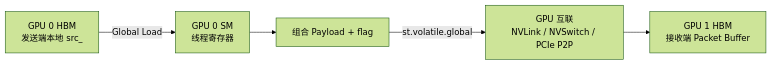
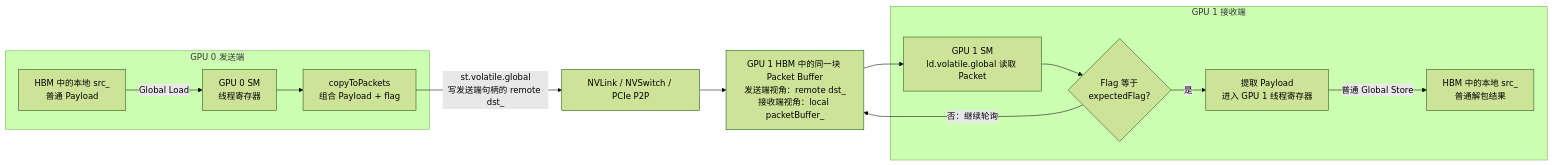
The third of 10 diagrams in MemoryChannelDeviceHandle数据搬运分析.md (10wvw01/mscclpp), drawn with Mermaid (forest theme) before and after one commit. The commit also changed other lines of this file, not shown here.

Commit message:
docs: connect packet sender and receiver data path

````diff
--- a/MemoryChannelDeviceHandle数据搬运分析.md
+++ b/MemoryChannelDeviceHandle数据搬运分析.md
@@ -649,7 +515,27 @@
 ```mermaid
 flowchart LR
-    A[GPU 0 HBM<br/>发送端本地 src_] -->|Global Load| B[GPU 0 SM<br/>线程寄存器]
-    B --> C[组合 Payload + flag]
-    C -->|st.volatile.global| D[GPU 互联<br/>NVLink / NVSwitch / PCIe P2P]
-    D --> E[GPU 1 HBM<br/>接收端 Packet Buffer]
+    subgraph SEND[GPU 0 发送端]
+        S0[HBM 中的本地 src_<br/>普通 Payload]
+        S1[GPU 0 SM<br/>线程寄存器]
+        S2[copyToPackets<br/>组合 Payload + flag]
+        S0 -->|Global Load| S1
+        S1 --> S2
+    end
+
+    S2 -->|st.volatile.global<br/>写发送端句柄的 remote dst_| LINK[NVLink / NVSwitch / PCIe P2P]
+
+    LINK --> PBUF[GPU 1 HBM 中的同一块 Packet Buffer<br/>发送端视角：remote dst_<br/>接收端视角：local packetBuffer_]
+
+    subgraph RECV[GPU 1 接收端]
+        R1[GPU 1 SM<br/>ld.volatile.global 读取 Packet]
+        R2{Flag 等于<br/>expectedFlag?}
+        R3[提取 Payload<br/>进入 GPU 1 线程寄存器]
+        R4[HBM 中的本地 src_<br/>普通解包结果]
+        R1 --> R2
+        R2 -- 是 --> R3
+        R3 -->|普通 Global Store| R4
+    end
+
+    PBUF --> R1
+    R2 -- 否：继续轮询 --> PBUF
 ```
````
